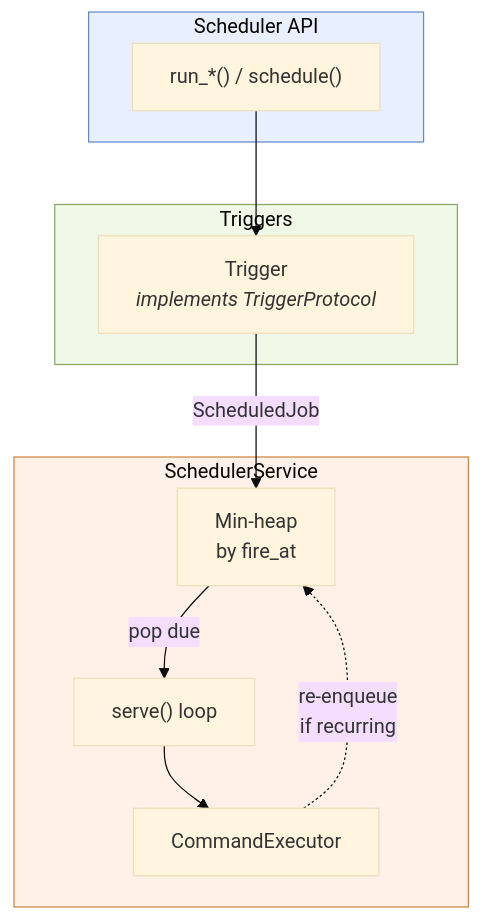
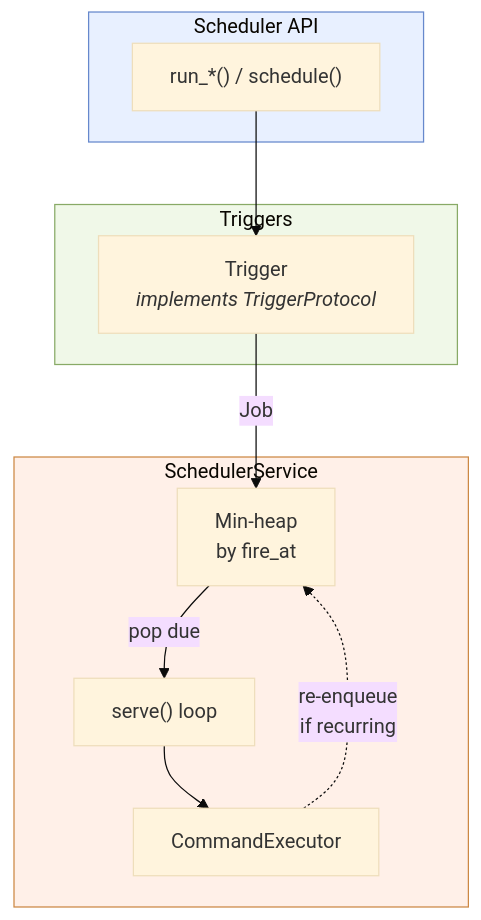
One commit to NodeJSmith/hassette changed the second of 5 diagrams in docs/pages/core-concepts/internals/service-details.md. Above: the diagram before and after it, drawn with Mermaid (base theme). The commit also changed other lines of this file and 141 other files, not shown here.

````diff
--- a/docs/pages/core-concepts/internals/service-details.md
+++ b/docs/pages/core-concepts/internals/service-details.md
@@ -99,28 +99,28 @@
 ```mermaid
 flowchart TD
     accTitle: Scheduler Job Pipeline
     accDescr: From convenience methods through triggers to the dispatch loop
 
     subgraph api["Scheduler API"]
         methods["run_*() / schedule()"]
     end
 
     subgraph triggers["Triggers"]
         T["Trigger<br/><i>implements TriggerProtocol</i>"]
     end
 
     subgraph engine["SchedulerService"]
         heap["Min-heap<br/>by fire_at"]
         loop["serve() loop"]
         exec["CommandExecutor"]
         heap -- "pop due" --> loop --> exec
     end
 
     methods --> T
-    T -- "ScheduledJob" --> heap
+    T -- "Job" --> heap
     exec -. "re-enqueue<br/>if recurring" .-> heap
 
     style api fill:#e8f0ff,stroke:#6688cc
     style triggers fill:#f0f8e8,stroke:#88aa66
     style engine fill:#fff0e8,stroke:#cc8844
 ```
````
